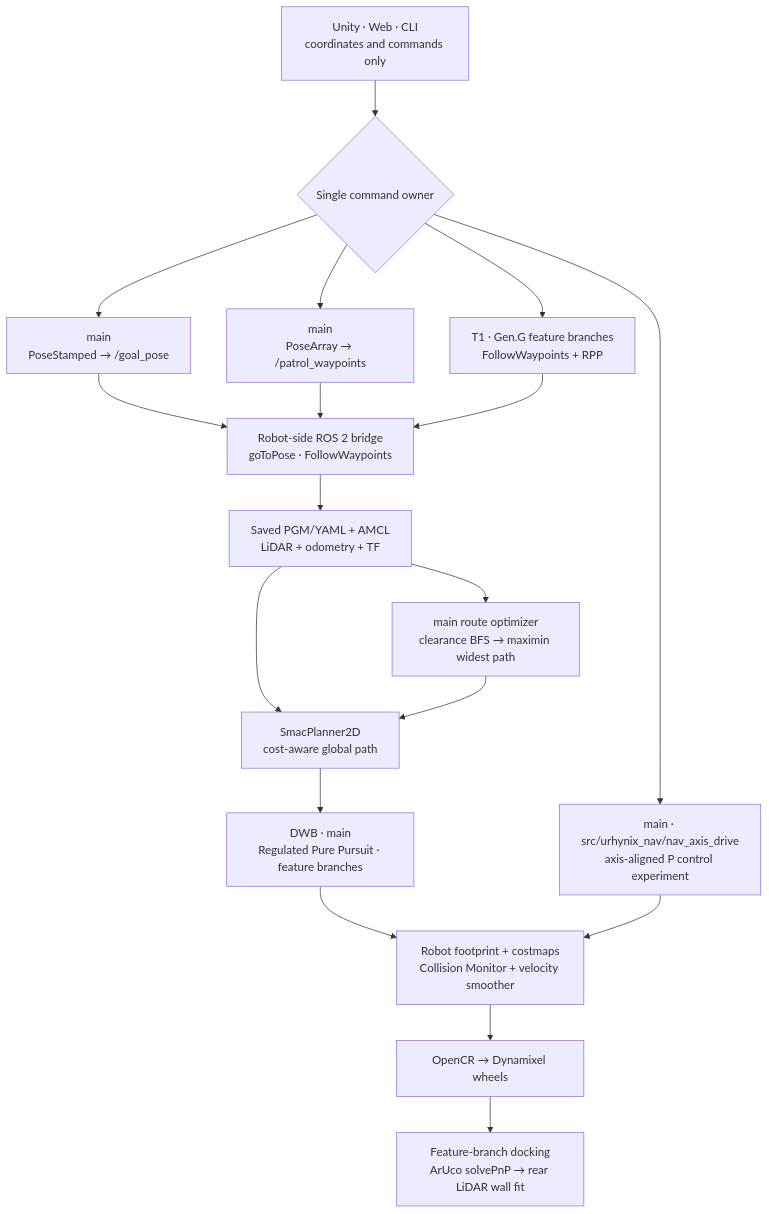
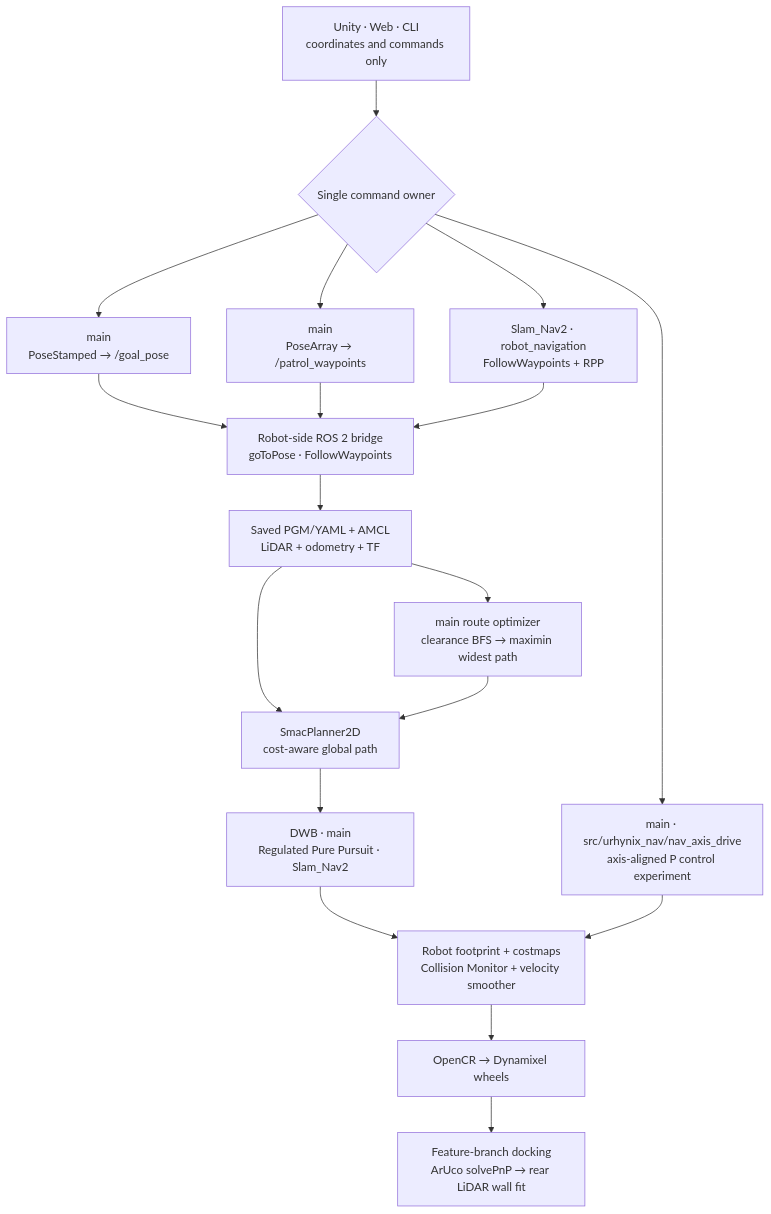
Before and after one commit to eduwing-robotics/ros2-ai-amr-repo2: the second of 3 diagrams in README.md, drawn with Mermaid. The commit also changed other lines of this file and 2 other files, not shown here.

Commit message:
docs: follow consolidated Slam_Nav2 sources

````diff
--- a/README.md
+++ b/README.md
@@ -141,36 +141,36 @@
 ```mermaid
 flowchart TD
     UI["Unity · Web · CLI<br/>coordinates and commands only"]
     OWNER{"Single command owner"}
     GOAL["main<br/>PoseStamped → /goal_pose"]
     PATROL["main<br/>PoseArray → /patrol_waypoints"]
     AXIS["main · src/urhynix_nav/nav_axis_drive<br/>axis-aligned P control experiment"]
-    FEATURE["T1 · Gen.G feature branches<br/>FollowWaypoints + RPP"]
+    FEATURE["Slam_Nav2 · robot_navigation<br/>FollowWaypoints + RPP"]
 
     BRIDGE["Robot-side ROS 2 bridge<br/>goToPose · FollowWaypoints"]
     LOCALIZE["Saved PGM/YAML + AMCL<br/>LiDAR + odometry + TF"]
     ROUTE["main route optimizer<br/>clearance BFS → maximin widest path"]
     PLAN["SmacPlanner2D<br/>cost-aware global path"]
-    CONTROL["DWB · main<br/>Regulated Pure Pursuit · feature branches"]
+    CONTROL["DWB · main<br/>Regulated Pure Pursuit · Slam_Nav2"]
     SAFE["Robot footprint + costmaps<br/>Collision Monitor + velocity smoother"]
     DRIVE["OpenCR → Dynamixel wheels"]
     DOCK["Feature-branch docking<br/>ArUco solvePnP → rear LiDAR wall fit"]
 
     UI --> OWNER
     OWNER --> GOAL
     OWNER --> PATROL
     OWNER --> AXIS
     OWNER --> FEATURE
     GOAL --> BRIDGE
     PATROL --> BRIDGE
     FEATURE --> BRIDGE
     BRIDGE --> LOCALIZE
     LOCALIZE --> ROUTE
     LOCALIZE --> PLAN
     ROUTE --> PLAN
     PLAN --> CONTROL
     CONTROL --> SAFE
     AXIS --> SAFE
     SAFE --> DRIVE
     DRIVE --> DOCK
 ```
````
